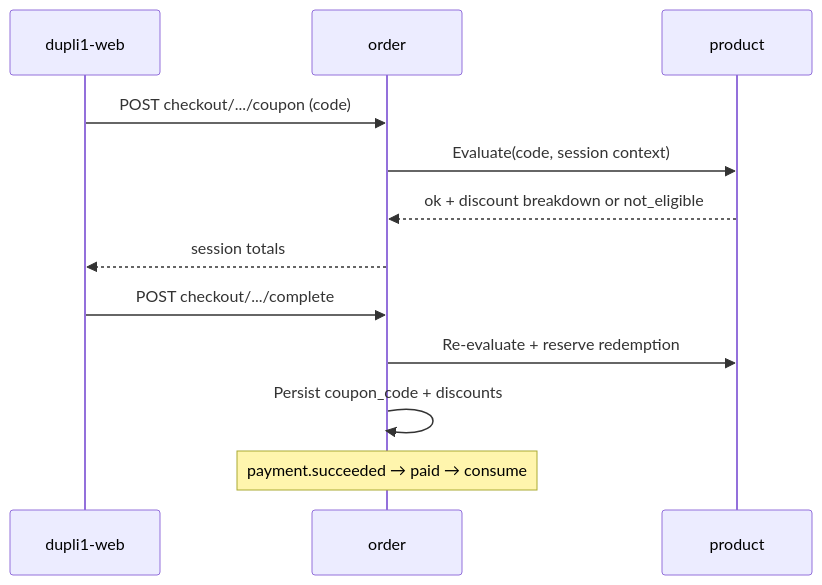
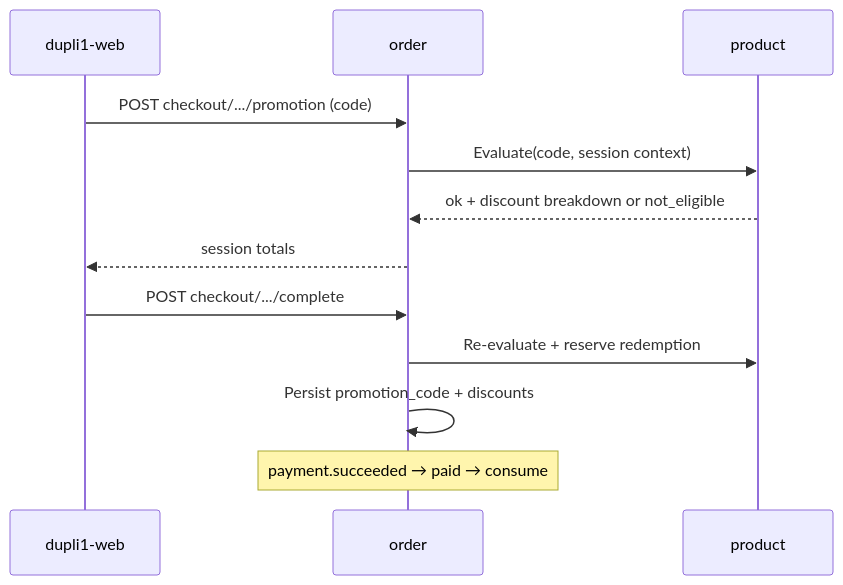
Before and after one commit to elug3/dupli1: the second of 2 diagrams in docs/product-promo-referral-code-plan.md, drawn with Mermaid. The commit also changed other lines of this file and 10 other files, not shown here.

````diff
--- a/docs/product-promo-referral-code-plan.md
+++ b/docs/product-promo-referral-code-plan.md
@@ -362,15 +460,15 @@
 ```mermaid
 sequenceDiagram
   participant Web as dupli1-web
   participant Order as order
   participant Product as product
 
-  Web->>Order: POST checkout/.../coupon (code)
+  Web->>Order: POST checkout/.../promotion (code)
   Order->>Product: Evaluate(code, session context)
   Product-->>Order: ok + discount breakdown or not_eligible
   Order-->>Web: session totals
   Web->>Order: POST checkout/.../complete
   Order->>Product: Re-evaluate + reserve redemption
-  Order->>Order: Persist coupon_code + discounts
+  Order->>Order: Persist promotion_code + discounts
   Note over Order: payment.succeeded → paid → consume
 ```
````
